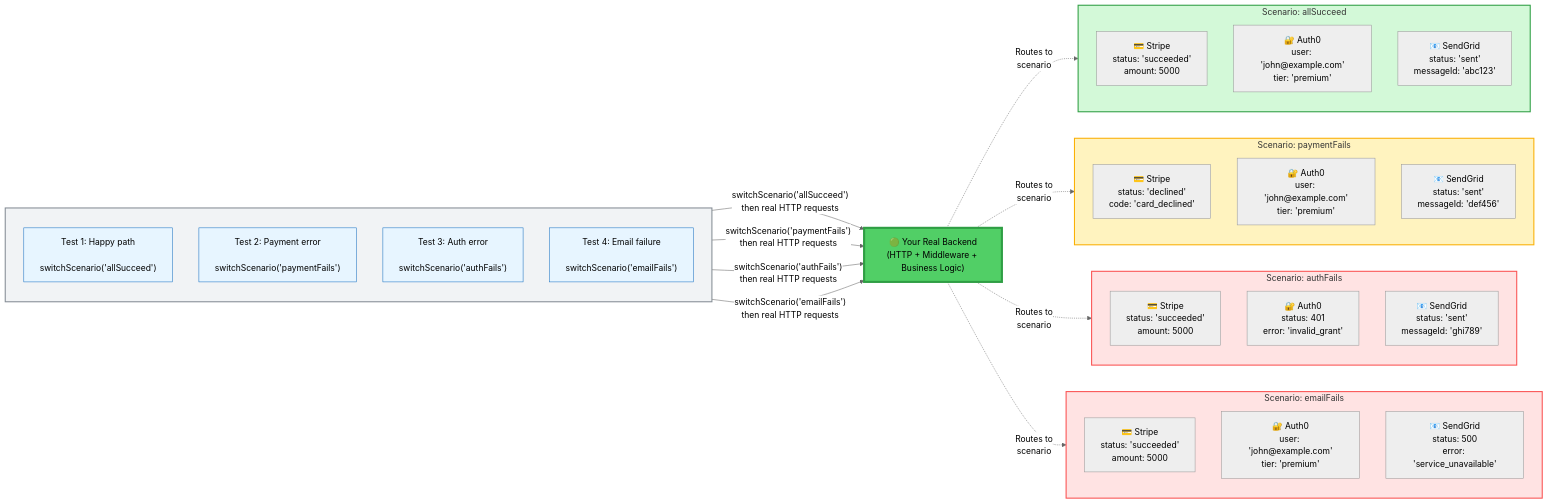
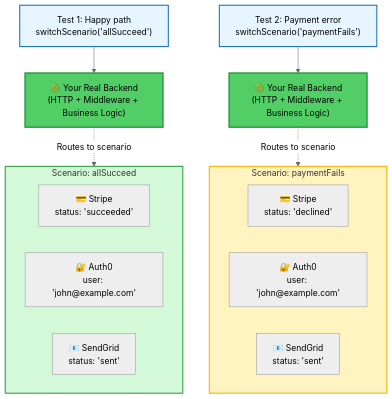
One commit to citypaul/scenarist changed the first of 3 diagrams in apps/docs/src/content/docs/introduction/overview.md. Above: the diagram before and after it, drawn with Mermaid. The commit also changed other lines of this file, not shown here.

Commit message:
docs: restructure diagram for better mobile readability
Changed 'One Server, Unlimited Scenarios' diagram:
- Direction: Left-right → Top-bottom (better for narrow screens)
- Examples: 4 scenarios → 2 scenarios (simpler, clearer)
- Layout: Vertical flow reduces diagram width significantly
- Content: Updated text to note unlimited scenarios are possible

This makes the diagram much more readable on mobile devices while
maintaining clarity of the core concept.

````diff
--- a/apps/docs/src/content/docs/introduction/overview.md
+++ b/apps/docs/src/content/docs/introduction/overview.md
@@ -16,62 +16,33 @@
 ```mermaid
 %%{init: {'theme':'neutral', 'themeVariables': {'fontSize':'16px', 'fontFamily':'arial'}}}%%
-graph LR
-    subgraph tests[" "]
-        direction TB
-        T1["Test 1: Happy path<br/><br/>switchScenario('allSucceed')"]
-        T2["Test 2: Payment error<br/><br/>switchScenario('paymentFails')"]
-        T3["Test 3: Auth error<br/><br/>switchScenario('authFails')"]
-        T4["Test 4: Email failure<br/><br/>switchScenario('emailFails')"]
+graph TB
+    T1["Test 1: Happy path<br/>switchScenario('allSucceed')"]
+    T2["Test 2: Payment error<br/>switchScenario('paymentFails')"]
+
+    T1 --> B1["🟢 Your Real Backend<br/>(HTTP + Middleware + Business Logic)"]
+    T2 --> B2["🟢 Your Real Backend<br/>(HTTP + Middleware + Business Logic)"]
+
+    B1 -.->|Routes to scenario| S1
+    B2 -.->|Routes to scenario| S2
+
+    subgraph S1["Scenario: allSucceed"]
+        direction LR
+        S1A["💳 Stripe<br/>status: 'succeeded'"]
+        S1B["🔐 Auth0<br/>user: 'john@example.com'"]
+        S1C["📧 SendGrid<br/>status: 'sent'"]
     end
 
-    B["🟢 Your Real Backend<br/>(HTTP + Middleware + Business Logic)"]
-
-    subgraph scenario1["Scenario: allSucceed"]
-        direction TB
-        S1A["💳 Stripe<br/>status: 'succeeded'<br/>amount: 5000"]
-        S1B["🔐 Auth0<br/>user: 'john@example.com'<br/>tier: 'premium'"]
-        S1C["📧 SendGrid<br/>status: 'sent'<br/>messageId: 'abc123'"]
+    subgraph S2["Scenario: paymentFails"]
+        direction LR
+        S2A["💳 Stripe<br/>status: 'declined'"]
+        S2B["🔐 Auth0<br/>user: 'john@example.com'"]
+        S2C["📧 SendGrid<br/>status: 'sent'"]
     end
 
-    subgraph scenario2["Scenario: paymentFails"]
-        direction TB
-        S2A["💳 Stripe<br/>status: 'declined'<br/>code: 'card_declined'"]
-        S2B["🔐 Auth0<br/>user: 'john@example.com'<br/>tier: 'premium'"]
-        S2C["📧 SendGrid<br/>status: 'sent'<br/>messageId: 'def456'"]
-    end
-
-    subgraph scenario3["Scenario: authFails"]
-        direction TB
-        S3A["💳 Stripe<br/>status: 'succeeded'<br/>amount: 5000"]
-        S3B["🔐 Auth0<br/>status: 401<br/>error: 'invalid_grant'"]
-        S3C["📧 SendGrid<br/>status: 'sent'<br/>messageId: 'ghi789'"]
-    end
-
-    subgraph scenario4["Scenario: emailFails"]
-        direction TB
-        S4A["💳 Stripe<br/>status: 'succeeded'<br/>amount: 5000"]
-        S4B["🔐 Auth0<br/>user: 'john@example.com'<br/>tier: 'premium'"]
-        S4C["📧 SendGrid<br/>status: 500<br/>error: 'service_unavailable'"]
-    end
-
-    T1 -->|"switchScenario('allSucceed')"<br/>then real HTTP requests| B
-    T2 -->|"switchScenario('paymentFails')"<br/>then real HTTP requests| B
-    T3 -->|"switchScenario('authFails')"<br/>then real HTTP requests| B
-    T4 -->|"switchScenario('emailFails')"<br/>then real HTTP requests| B
-
-    B -.->|Routes to<br/>scenario| scenario1
-    B -.->|Routes to<br/>scenario| scenario2
-    B -.->|Routes to<br/>scenario| scenario3
-    B -.->|Routes to<br/>scenario| scenario4
-
-    style tests fill:#f1f3f5,stroke:#868e96,stroke-width:2px
-    style B fill:#51cf66,stroke:#2f9e44,stroke-width:4px
-    style scenario1 fill:#d3f9d8,stroke:#2f9e44,stroke-width:2px
-    style scenario2 fill:#fff3bf,stroke:#fab005,stroke-width:2px
-    style scenario3 fill:#ffe3e3,stroke:#fa5252,stroke-width:2px
-    style scenario4 fill:#ffe3e3,stroke:#fa5252,stroke-width:2px
-    style T1 fill:#e7f5ff,stroke:#1971c2
-    style T2 fill:#e7f5ff,stroke:#1971c2
-    style T3 fill:#e7f5ff,stroke:#1971c2
-    style T4 fill:#e7f5ff,stroke:#1971c2
+    style T1 fill:#e7f5ff,stroke:#1971c2,stroke-width:2px
+    style T2 fill:#e7f5ff,stroke:#1971c2,stroke-width:2px
+    style B1 fill:#51cf66,stroke:#2f9e44,stroke-width:3px
+    style B2 fill:#51cf66,stroke:#2f9e44,stroke-width:3px
+    style S1 fill:#d3f9d8,stroke:#2f9e44,stroke-width:2px
+    style S2 fill:#fff3bf,stroke:#fab005,stroke-width:2px
 ```
````
